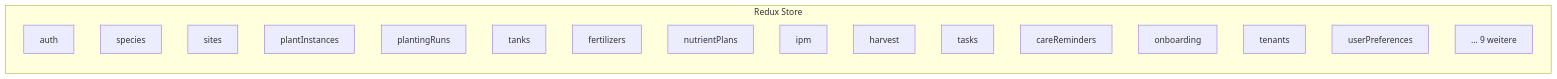
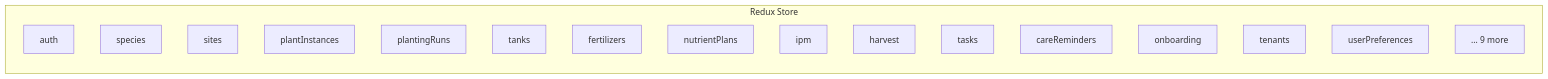
Before and after one commit to nolte/kamerplanter: the diagram in docs/de/architecture/frontend.md, drawn with Mermaid. The commit also changed other lines of this file and 44 other files, not shown here.

First line of the commit message:
docs: make all Mermaid diagrams spec-compliant (repo-wide sweep)

````diff
--- a/docs/de/architecture/frontend.md
+++ b/docs/de/architecture/frontend.md
@@ -73,21 +74,21 @@
 ```mermaid
-graph LR
+flowchart LR
     subgraph "Redux Store"
         A[auth]
         B[species]
         C[sites]
         D[plantInstances]
         E[plantingRuns]
         F[tanks]
         G[fertilizers]
         H[nutrientPlans]
         I[ipm]
         J[harvest]
         K[tasks]
         L[careReminders]
         M[onboarding]
         N[tenants]
         O[userPreferences]
-        P["... 9 weitere"]
+        P["... 9 more"]
     end
 ```
````
